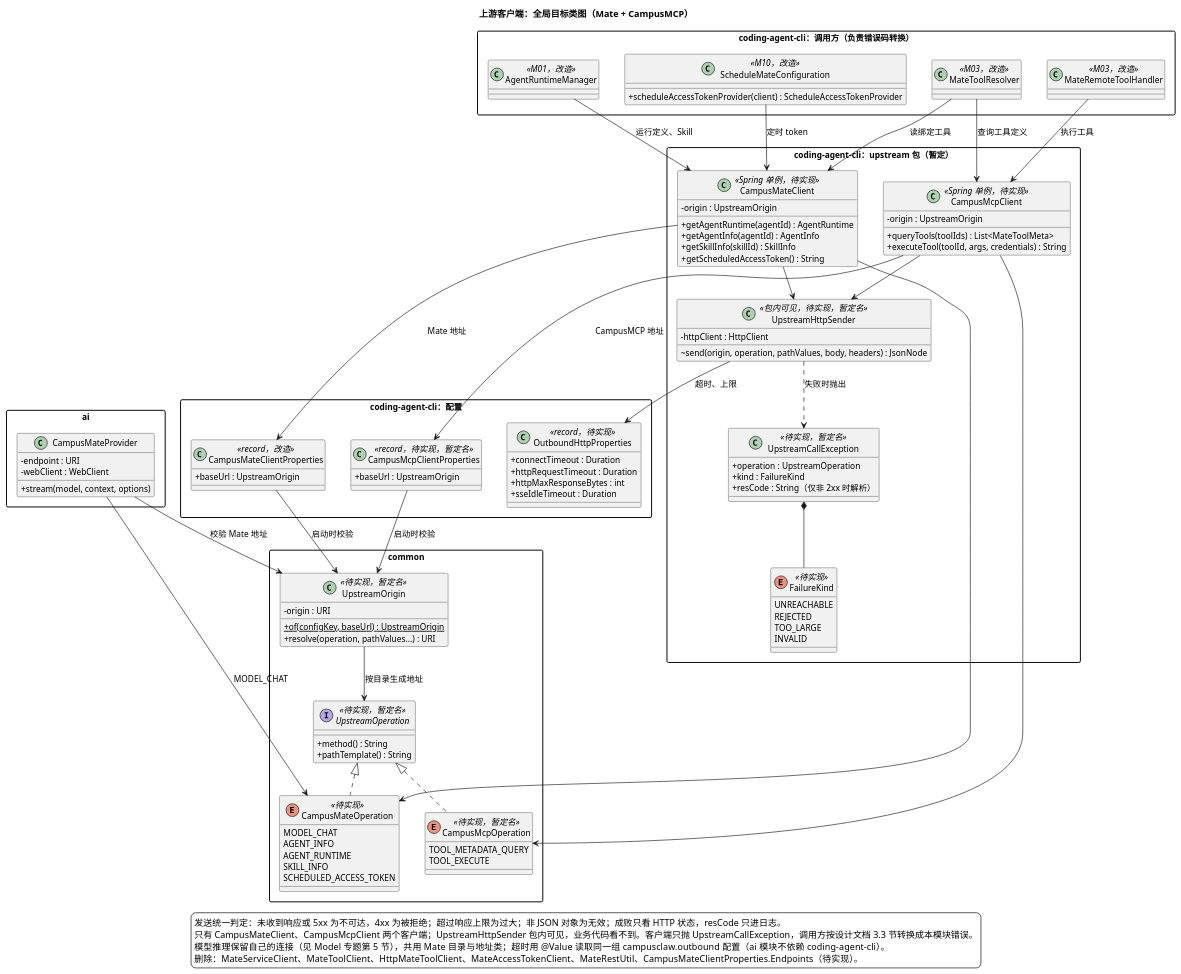
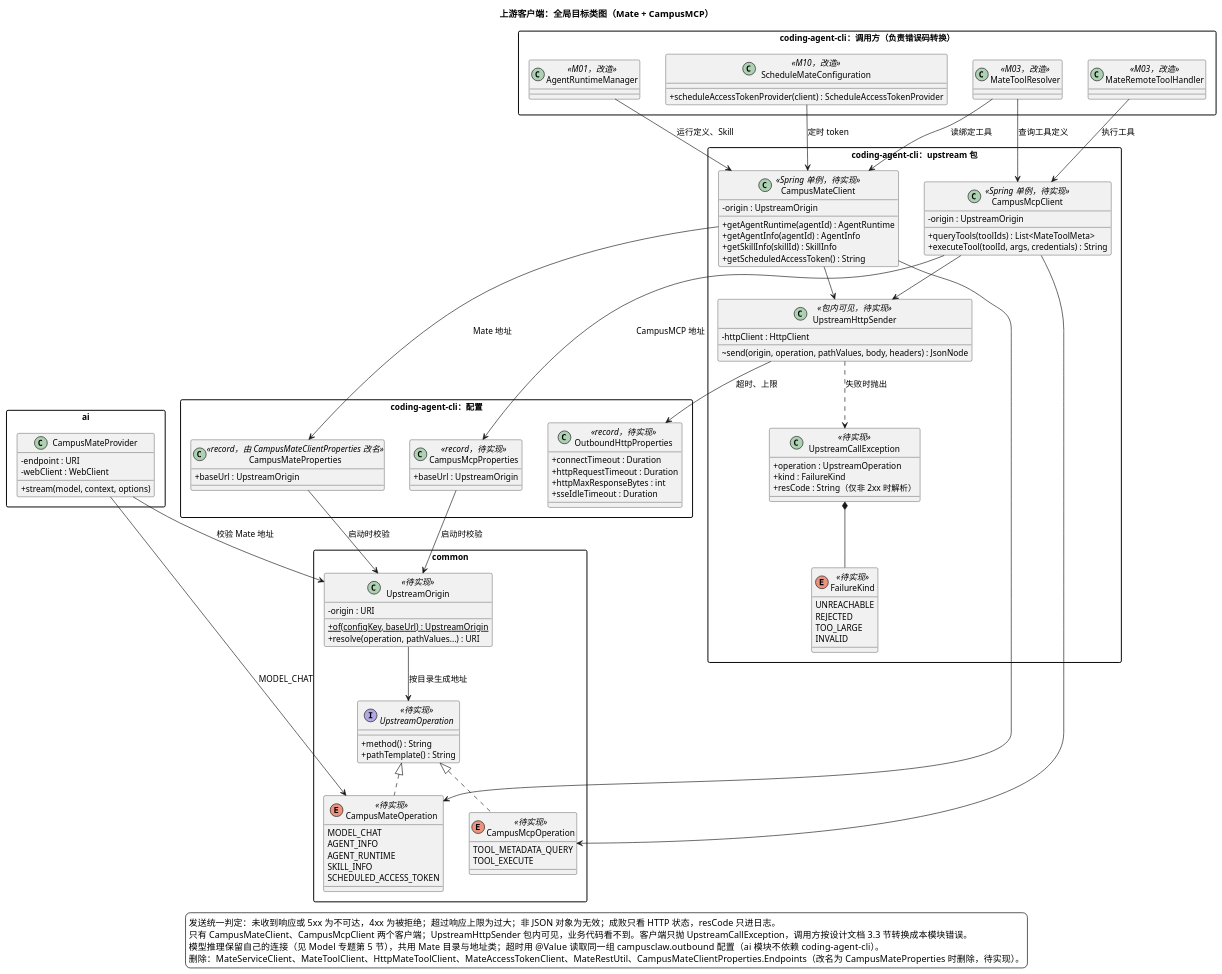
Before and after one commit to ssm0808/pi-mono-java-design: the third of 4 diagrams in 02-服务与接口/02-CampusMate共享客户端配置/diagram.puml, drawn with PlantUML. The commit also changed 3 other files, not shown here.

First line of the commit message:
命名定稿：UpstreamHttpSender、UpstreamOrigin、CampusMateProperties、CampusMcpProperties、upstream 包

```diff
--- a/02-服务与接口/02-CampusMate共享客户端配置/diagram.puml
+++ b/02-服务与接口/02-CampusMate共享客户端配置/diagram.puml
@@ -121,134 +121,134 @@
 @startuml campusmate_client_target_classes
 ' Java 基线：628dca25a694d9d056b15f012e1223d68091ab66；2026-10-21 拉取 main。
 ' 源码：modules/coding-agent-cli/src/main/java/com/campusclaw/codingagent/config/CampusMateClientProperties.java Endpoints（待删除）。
 ' 源码：modules/coding-agent-cli/src/main/java/com/campusclaw/codingagent/common/util/MateRestUtil.java（待删除）。
 ' 源码：modules/coding-agent-cli/src/main/java/com/campusclaw/codingagent/runtime/MateServiceClient.java（待删除，DTO 迁出）。
 ' 源码：modules/coding-agent-cli/src/main/java/com/campusclaw/codingagent/common/client/HttpMateToolClient.java、common/client/mate/MateToolClient.java（待删除）。
 ' 源码：modules/coding-agent-cli/src/main/java/com/campusclaw/codingagent/schedule/mate/MateAccessTokenClient.java（待删除）。
 ' 源码：modules/ai/src/main/java/com/campusclaw/ai/provider/mate/CampusMateProvider.java validateChatPath（待删除）。
 ' 目标：待实现；每个上游一份接口目录与一个客户端（用户 2026-10-21 确定只保留 CampusMateClient、CampusMcpClient）。
 ' 依赖方向：common <- ai <- agent-core <- coding-agent-cli；ai 不依赖 coding-agent-cli，所以目录必须在 common。
 ' 基线：Anthropic Java SDK AnthropicClient（每个服务一个客户端）+ ClientOptions；Codex Provider + EndpointSession。
-' 命名：Upstream*、CampusMcpClientProperties、包名为暂定名，见设计文档 8.4 节。
+' 命名：2026-10-21 与用户确定，见设计文档 8.4 节。
 title 上游客户端：全局目标类图（Mate + CampusMCP）
 skinparam backgroundColor white
 skinparam defaultFontSize 13
 skinparam classAttributeIconSize 0
 skinparam packageStyle rectangle
 skinparam nodesep 40
 skinparam ranksep 50
 
 package "common" as CommonPkg {
-  interface UpstreamOperation <<待实现，暂定名>> {
+  interface UpstreamOperation <<待实现>> {
     + method() : String
     + pathTemplate() : String
   }
   enum CampusMateOperation <<待实现>> {
     MODEL_CHAT
     AGENT_INFO
     AGENT_RUNTIME
     SKILL_INFO
     SCHEDULED_ACCESS_TOKEN
   }
-  enum CampusMcpOperation <<待实现，暂定名>> {
+  enum CampusMcpOperation <<待实现>> {
     TOOL_METADATA_QUERY
     TOOL_EXECUTE
   }
-  class UpstreamOrigin <<待实现，暂定名>> {
+  class UpstreamOrigin <<待实现>> {
     - origin : URI
     + {static} of(configKey, baseUrl) : UpstreamOrigin
     + resolve(operation, pathValues...) : URI
   }
 }
 
 package "ai" as AiPkg {
   class CampusMateProvider {
     - endpoint : URI
     - webClient : WebClient
     + stream(model, context, options)
   }
 }
 
 package "coding-agent-cli：配置" as ConfigPkg {
-  class CampusMateClientProperties <<record，改造>> {
+  class CampusMateProperties <<record，由 CampusMateClientProperties 改名>> {
     + baseUrl : UpstreamOrigin
   }
-  class CampusMcpClientProperties <<record，待实现，暂定名>> {
+  class CampusMcpProperties <<record，待实现>> {
     + baseUrl : UpstreamOrigin
   }
   class "OutboundHttpProperties" as HttpOptions <<record，待实现>> {
     + connectTimeout : Duration
     + httpRequestTimeout : Duration
     + httpMaxResponseBytes : int
     + sseIdleTimeout : Duration
   }
 }
 
-package "coding-agent-cli：upstream 包（暂定）" as UpstreamPkg {
+package "coding-agent-cli：upstream 包" as UpstreamPkg {
   class CampusMateClient <<Spring 单例，待实现>> {
     - origin : UpstreamOrigin
     + getAgentRuntime(agentId) : AgentRuntime
     + getAgentInfo(agentId) : AgentInfo
     + getSkillInfo(skillId) : SkillInfo
     + getScheduledAccessToken() : String
   }
   class CampusMcpClient <<Spring 单例，待实现>> {
     - origin : UpstreamOrigin
     + queryTools(toolIds) : List<MateToolMeta>
     + executeTool(toolId, args, credentials) : String
   }
-  class UpstreamHttpSender <<包内可见，待实现，暂定名>> {
+  class UpstreamHttpSender <<包内可见，待实现>> {
     - httpClient : HttpClient
     ~ send(origin, operation, pathValues, body, headers) : JsonNode
   }
-  class UpstreamCallException <<待实现，暂定名>> {
+  class UpstreamCallException <<待实现>> {
     + operation : UpstreamOperation
     + kind : FailureKind
     + resCode : String（仅非 2xx 时解析）
   }
   enum FailureKind <<待实现>> {
     UNREACHABLE
     REJECTED
     TOO_LARGE
     INVALID
   }
 }
 
 package "coding-agent-cli：调用方（负责错误码转换）" as CallerPkg {
   class AgentRuntimeManager <<M01，改造>>
   class MateToolResolver <<M03，改造>>
   class MateRemoteToolHandler <<M03，改造>>
   class ScheduleMateConfiguration <<M10，改造>> {
     + scheduleAccessTokenProvider(client) : ScheduleAccessTokenProvider
   }
 }
 
 UpstreamOperation <|.. CampusMateOperation
 UpstreamOperation <|.. CampusMcpOperation
 UpstreamOrigin --> UpstreamOperation : 按目录生成地址
 CampusMateProvider --> UpstreamOrigin : 校验 Mate 地址
 CampusMateProvider --> CampusMateOperation : MODEL_CHAT
-CampusMateClientProperties --> UpstreamOrigin : 启动时校验
-CampusMcpClientProperties --> UpstreamOrigin : 启动时校验
-CampusMateClient --> CampusMateClientProperties : Mate 地址
-CampusMcpClient --> CampusMcpClientProperties : CampusMCP 地址
+CampusMateProperties --> UpstreamOrigin : 启动时校验
+CampusMcpProperties --> UpstreamOrigin : 启动时校验
+CampusMateClient --> CampusMateProperties : Mate 地址
+CampusMcpClient --> CampusMcpProperties : CampusMCP 地址
 CampusMateClient --> CampusMateOperation
 CampusMcpClient --> CampusMcpOperation
 CampusMateClient --> UpstreamHttpSender
 CampusMcpClient --> UpstreamHttpSender
 UpstreamHttpSender --> HttpOptions : 超时、上限
 UpstreamHttpSender ..> UpstreamCallException : 失败时抛出
 UpstreamCallException *-- FailureKind
 AgentRuntimeManager --> CampusMateClient : 运行定义、Skill
 MateToolResolver --> CampusMateClient : 读绑定工具
 MateToolResolver --> CampusMcpClient : 查询工具定义
 MateRemoteToolHandler --> CampusMcpClient : 执行工具
 ScheduleMateConfiguration --> CampusMateClient : 定时 token
 
 legend bottom
   发送统一判定：未收到响应或 5xx 为不可达，4xx 为被拒绝；超过响应上限为过大；非 JSON 对象为无效；成败只看 HTTP 状态，resCode 只进日志。
   只有 CampusMateClient、CampusMcpClient 两个客户端；UpstreamHttpSender 包内可见，业务代码看不到。客户端只抛 UpstreamCallException，调用方按设计文档 3.3 节转换成本模块错误。
   模型推理保留自己的连接（见 Model 专题第 5 节），共用 Mate 目录与地址类；超时用 @Value 读取同一组 campusclaw.outbound 配置（ai 模块不依赖 coding-agent-cli）。
-  删除：MateServiceClient、MateToolClient、HttpMateToolClient、MateAccessTokenClient、MateRestUtil、CampusMateClientProperties.Endpoints（待实现）。
+  删除：MateServiceClient、MateToolClient、HttpMateToolClient、MateAccessTokenClient、MateRestUtil、CampusMateClientProperties.Endpoints（改名为 CampusMateProperties 时删除，待实现）。
 endlegend
 @enduml
```
